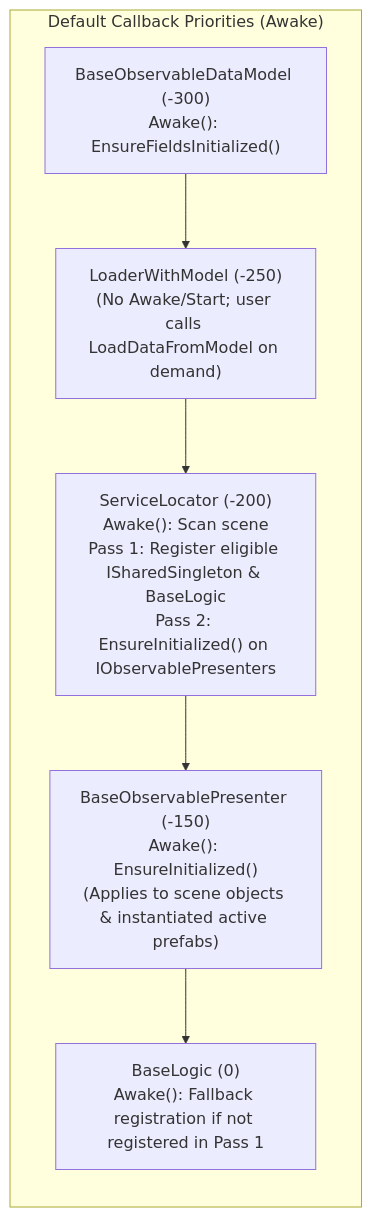
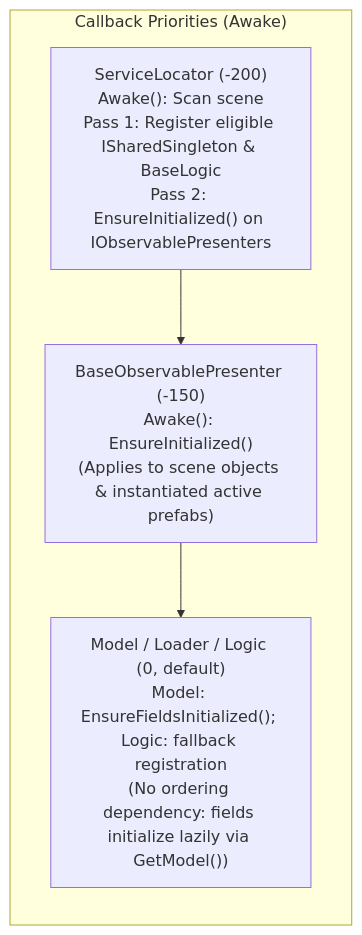
The first of 5 diagrams in Packages/com.evialdev.savableobservable/Documentation~/UnityLifecycle.md (alexxtaurus83/unity-savableobservable), drawn with Mermaid before and after one commit. The commit also changed other lines of this file and 65 other files, not shown here.

````diff
--- a/Packages/com.evialdev.savableobservable/Documentation~/UnityLifecycle.md
+++ b/Packages/com.evialdev.savableobservable/Documentation~/UnityLifecycle.md
@@ -32,13 +30,11 @@
 ```mermaid
 flowchart TD
-    subgraph ExecutionOrderDefaults ["Default Callback Priorities (Awake)"]
+    subgraph ExecutionOrder ["Callback Priorities (Awake)"]
         direction TB
-        M["BaseObservableDataModel (-300)<br/>Awake(): EnsureFieldsInitialized()"]
-        LDR["LoaderWithModel (-250)<br/>(No Awake/Start; user calls LoadDataFromModel on demand)"]
         SL["ServiceLocator (-200)<br/>Awake(): Scan scene<br/>Pass 1: Register eligible ISharedSingleton & BaseLogic<br/>Pass 2: EnsureInitialized() on IObservablePresenters"]
         P["BaseObservablePresenter (-150)<br/>Awake(): EnsureInitialized()<br/>(Applies to scene objects & instantiated active prefabs)"]
-        L["BaseLogic (0)<br/>Awake(): Fallback registration if not registered in Pass 1"]
+        D["Model / Loader / Logic (0, default)<br/>Model: EnsureFieldsInitialized(); Logic: fallback registration<br/>(No ordering dependency: fields initialize lazily via GetModel())"]
 
-        M --> LDR --> SL --> P --> L
+        SL --> P --> D
     end
 ```
````
